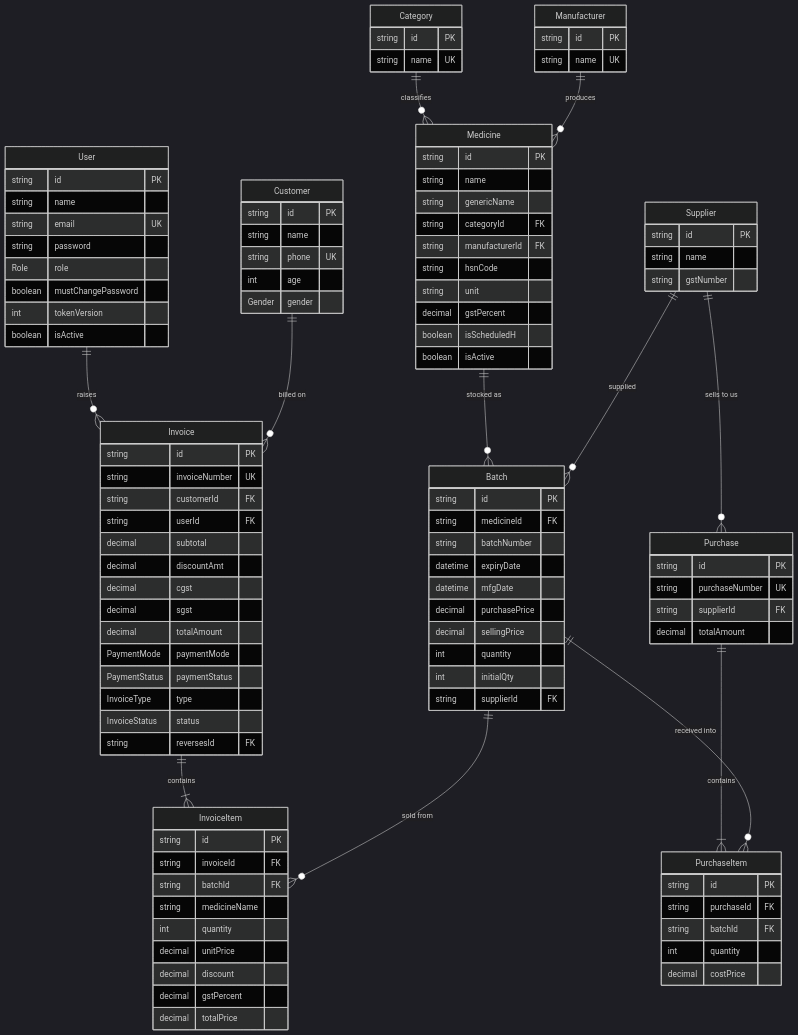
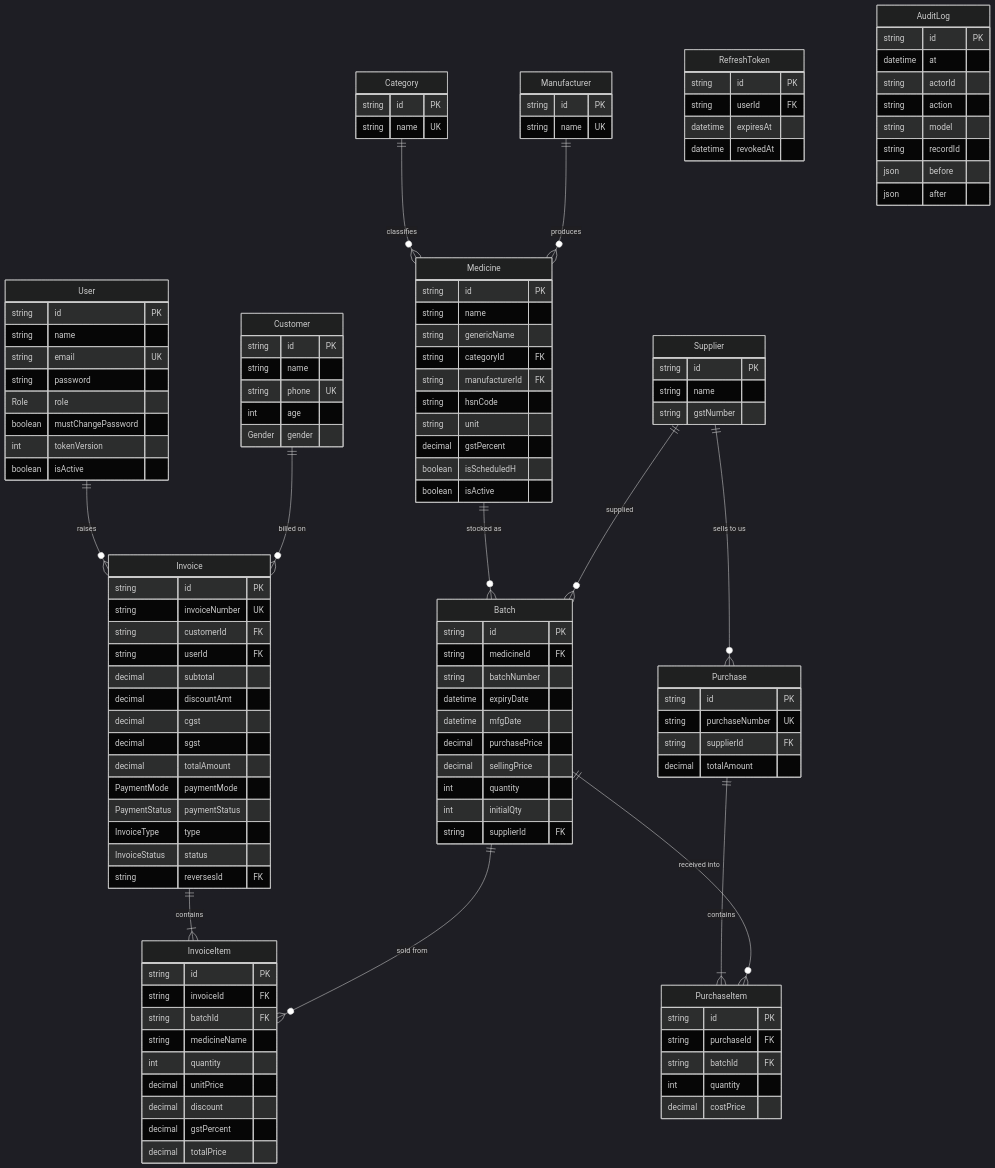
The diagram in docs/03-data-model.md (adarsh0707-kumar/medical-billing), drawn with Mermaid (dark theme) before and after one commit. The commit also changed other lines of this file and 11 other files, not shown here.

````diff
--- a/docs/03-data-model.md
+++ b/docs/03-data-model.md
@@ -116,4 +116,20 @@
         int quantity
         decimal costPrice
     }
+    RefreshToken {
+        string id PK
+        string userId FK
+        datetime expiresAt
+        datetime revokedAt
+    }
+    AuditLog {
+        string id PK
+        datetime at
+        string actorId
+        string action
+        string model
+        string recordId
+        json before
+        json after
+    }
 ```
````
